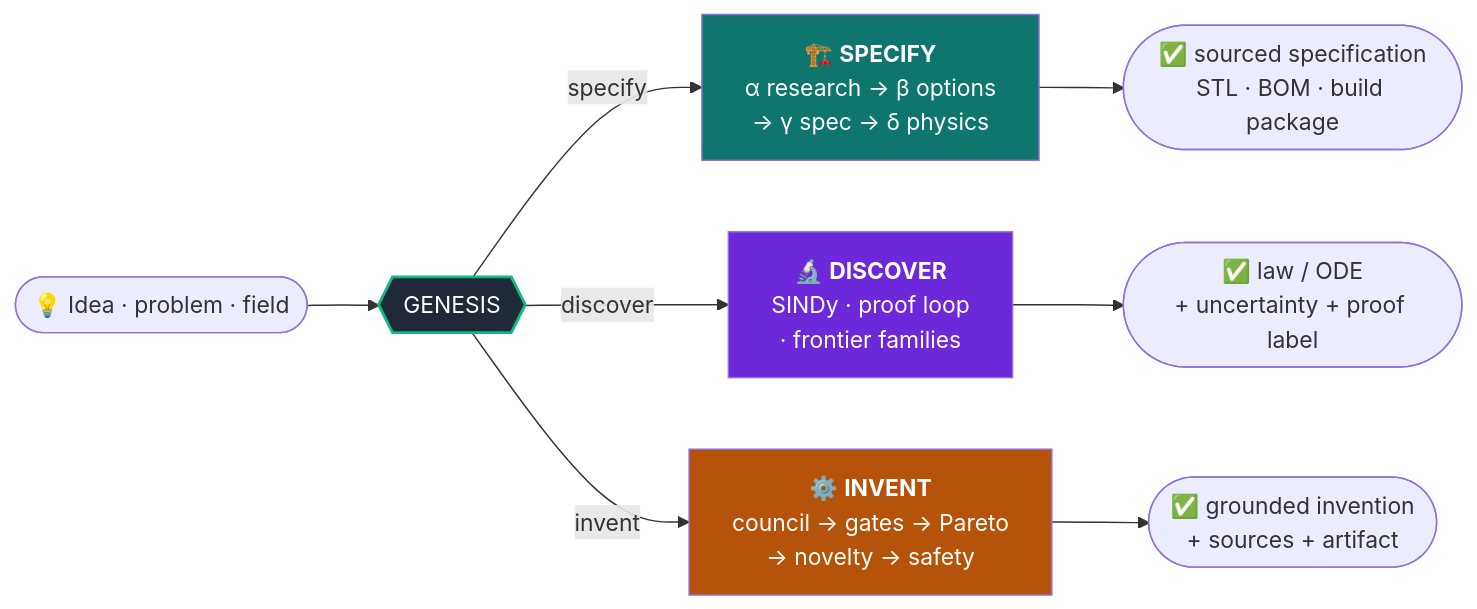
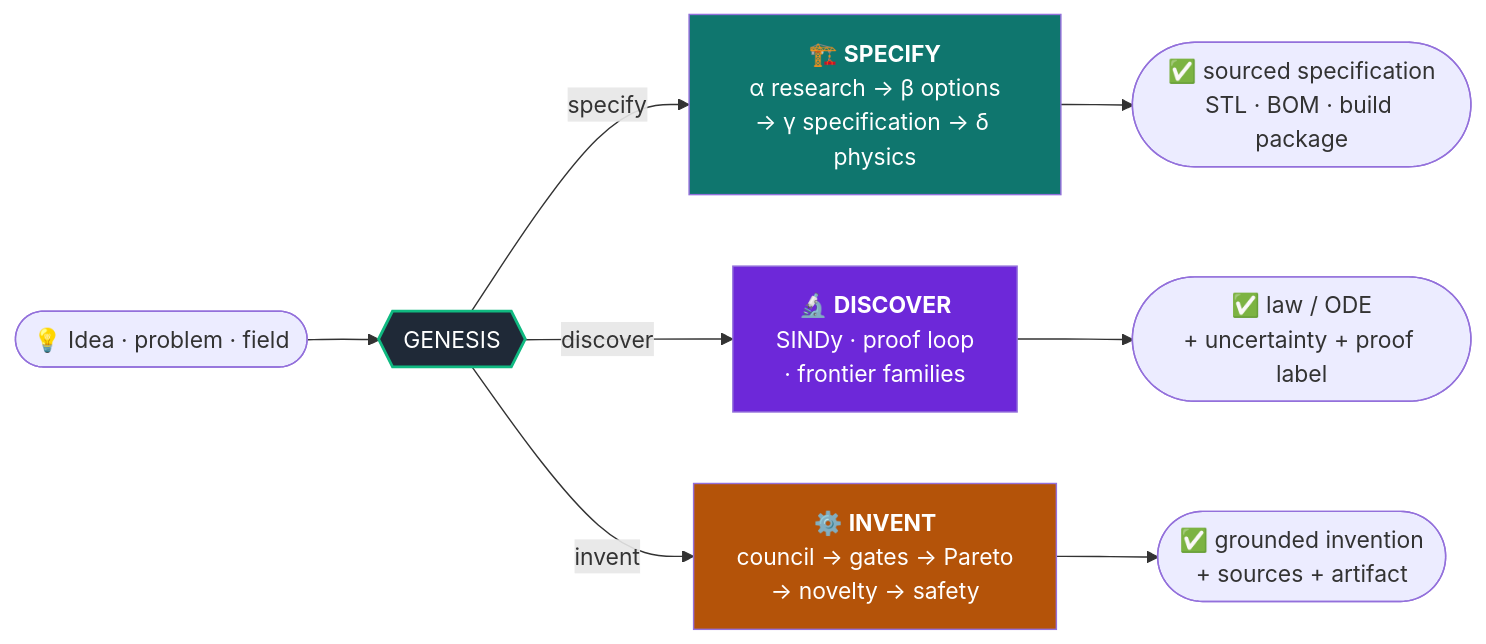
One commit to Oz4462/genesis changed the first of 3 diagrams in README.md. Above: the diagram before and after it, drawn with Mermaid. The commit also changed other lines of this file, not shown here.

````diff
--- a/README.md
+++ b/README.md
@@ -76,14 +139,14 @@
 ```mermaid
 flowchart LR
     IDEA([💡 Idea · problem · field]) --> ROUTER{{GENESIS}}
-    ROUTER -->|specify| SPEC["🏗️ <b>SPECIFY</b><br/>α research → β options<br/>→ γ spec → δ physics"]
+    ROUTER -->|specify| SPEC["🏗️ <b>SPECIFY</b><br/>α research → β options<br/>→ γ specification → δ physics"]
     ROUTER -->|discover| DISC["🔬 <b>DISCOVER</b><br/>SINDy · proof loop<br/>· frontier families"]
     ROUTER -->|invent| INV["⚙️ <b>INVENT</b><br/>council → gates → Pareto<br/>→ novelty → safety"]
     SPEC --> O1([✅ sourced specification<br/>STL · BOM · build package])
     DISC --> O2([✅ law / ODE<br/>+ uncertainty + proof label])
     INV --> O3([✅ grounded invention<br/>+ sources + artifact])
     style ROUTER fill:#1f2937,color:#fff,stroke:#10b981,stroke-width:2px
     style SPEC fill:#0f766e,color:#fff
     style DISC fill:#6d28d9,color:#fff
     style INV fill:#b45309,color:#fff
 ```
````
